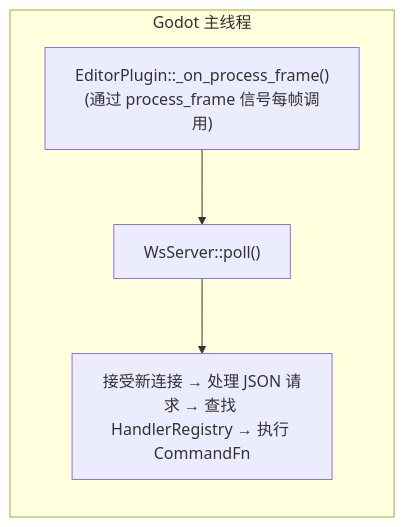
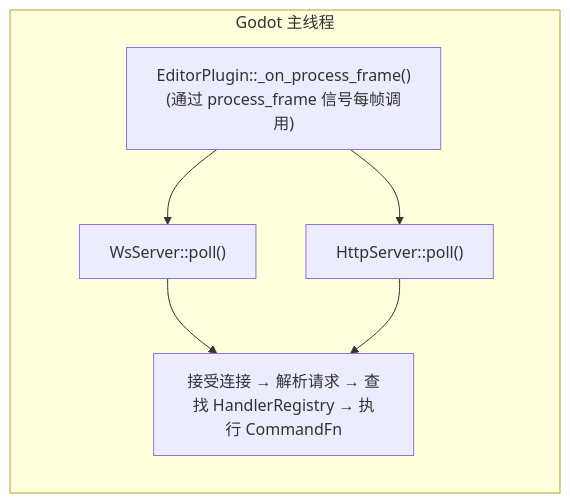
One commit to jesspig/GodotMCP-GDExtension changed the diagram in .repo_wiki/overview/threading-model.md. Above: the diagram before and after it, drawn with Mermaid. The commit also changed other lines of this file and 17 other files, not shown here.

````diff
--- a/.repo_wiki/overview/threading-model.md
+++ b/.repo_wiki/overview/threading-model.md
@@ -7,12 +7,15 @@
 ```mermaid
 flowchart LR
     subgraph MAIN["Godot 主线程"]
         direction TB
         A["EditorPlugin::_on_process_frame()<br/>(通过 process_frame 信号每帧调用)"]
         B["WsServer::poll()"]
-        C["接受新连接 → 处理 JSON 请求 → 查找 HandlerRegistry → 执行 CommandFn"]
+        C["HttpServer::poll()"]
+        D["接受连接 → 解析请求 → 查找 HandlerRegistry → 执行 CommandFn"]
     end
     
     A --> B
-    B --> C
+    A --> C
+    B --> D
+    C --> D
 ```
````
